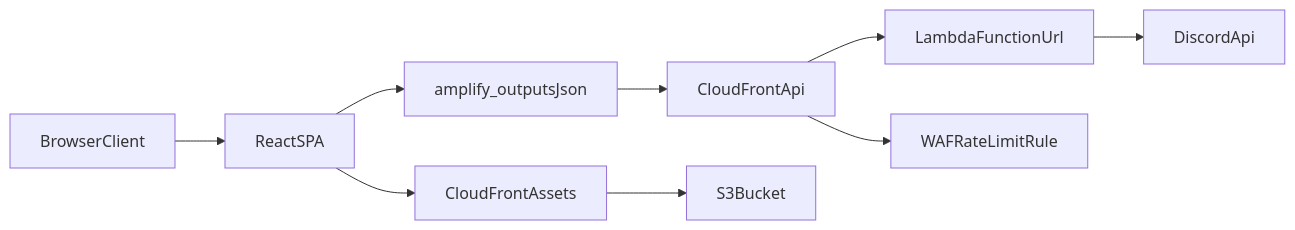
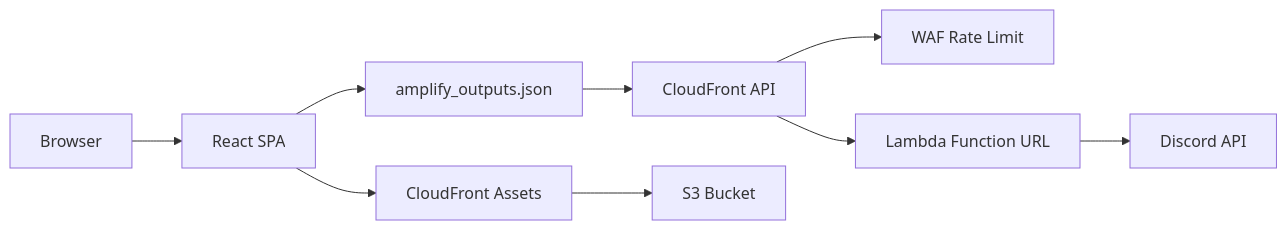
Before and after one commit to N0ahTM/HSTC: the diagram in docs/architecture.md, drawn with Mermaid. The commit also changed other lines of this file and 12 other files, not shown here.

````diff
--- a/docs/architecture.md
+++ b/docs/architecture.md
@@ -18,11 +9,11 @@
 ```mermaid
 flowchart LR
-  browser[BrowserClient] --> app[ReactSPA]
-  app --> outputs[amplify_outputsJson]
-  outputs --> edge[CloudFrontApi]
-  edge --> lambdaUrl[LambdaFunctionUrl]
-  lambdaUrl --> discord[DiscordApi]
-  edge --> waf[WAFRateLimitRule]
-  app --> assetCdn[CloudFrontAssets]
-  assetCdn --> s3[S3Bucket]
+  browser[Browser] --> spa[React SPA]
+  spa --> outputs[amplify_outputs.json]
+  outputs --> edge[CloudFront API]
+  edge --> waf[WAF Rate Limit]
+  edge --> lambda[Lambda Function URL]
+  lambda --> discord[Discord API]
+  spa --> assetCdn[CloudFront Assets]
+  assetCdn --> s3[S3 Bucket]
 ```
````
